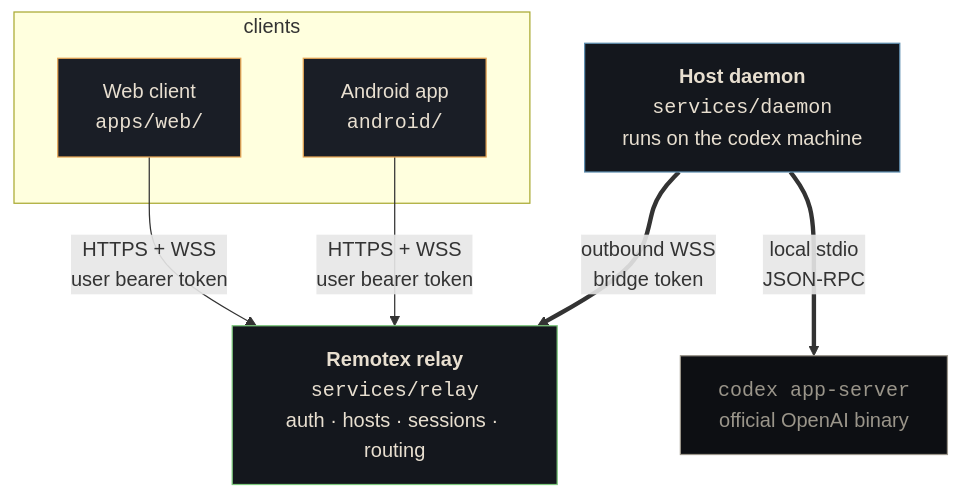
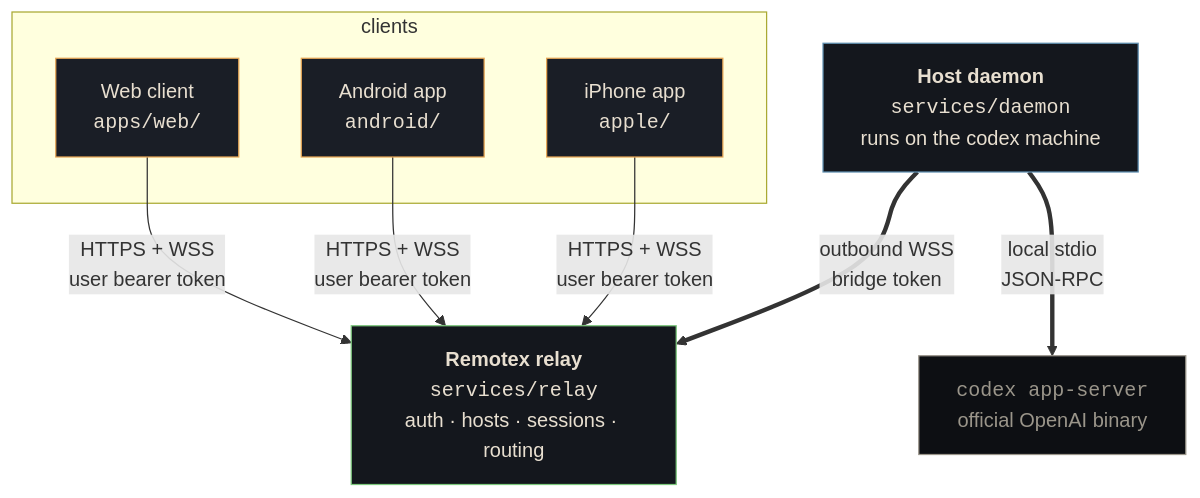
Before and after one commit to CesarPetrescu/remotex: the diagram in README.md, drawn with Mermaid. The commit also changed other lines of this file and 17 other files, not shown here.

First line of the commit message:
Add iPhone SwiftUI client + gated + cached macOS CI build

````diff
--- a/README.md
+++ b/README.md
@@ -14,24 +14,26 @@
 ```mermaid
 flowchart TB
     subgraph clients["clients"]
         W["Web client<br/><code>apps/web/</code>"]
         A["Android app<br/><code>android/</code>"]
+        I["iPhone app<br/><code>apple/</code>"]
     end
     R["<b>Remotex relay</b><br/><code>services/relay</code><br/>auth · hosts · sessions · routing"]
     D["<b>Host daemon</b><br/><code>services/daemon</code><br/>runs on the codex machine"]
     X["<code>codex app-server</code><br/>official OpenAI binary"]
 
     W -- "HTTPS + WSS<br/>user bearer token" --> R
     A -- "HTTPS + WSS<br/>user bearer token" --> R
+    I -- "HTTPS + WSS<br/>user bearer token" --> R
     D == "outbound WSS<br/>bridge token" ==> R
     D == "local stdio<br/>JSON-RPC" ==> X
 
     classDef clientNode fill:#1a1e26,stroke:#e8a756,color:#e8dfd0;
     classDef relayNode fill:#14171d,stroke:#7dc87d,color:#e8dfd0;
     classDef daemonNode fill:#14171d,stroke:#5f8fb0,color:#e8dfd0;
     classDef codexNode fill:#0d0f13,stroke:#9a958a,color:#9a958a;
-    class W,A clientNode;
+    class W,A,I clientNode;
     class R relayNode;
     class D daemonNode;
     class X codexNode;
 ```
````
